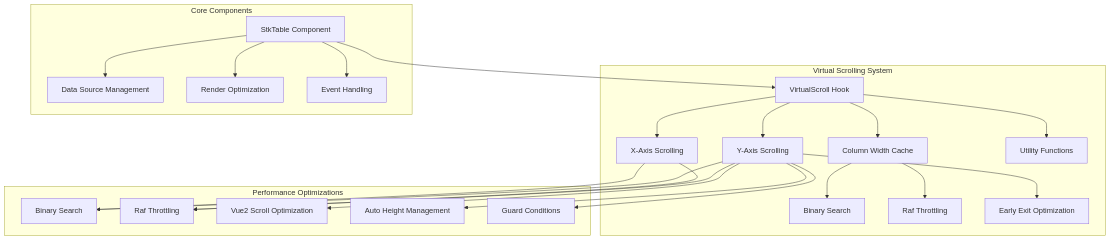
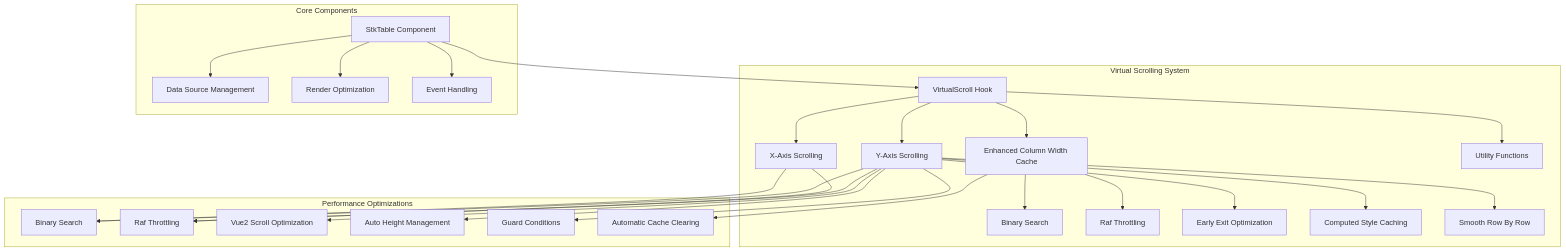
Before and after one commit to ja-plus/stk-table-vue: the first of 9 diagrams in .qoder/repowiki/en/content/Performance Optimization/Virtual Scrolling Performance Optimization.md, drawn with Mermaid. The commit also changed other lines of this file and 6 other files, not shown here.

````diff
--- a/.qoder/repowiki/en/content/Performance Optimization/Virtual Scrolling Performance Optimization.md
+++ b/.qoder/repowiki/en/content/Performance Optimization/Virtual Scrolling Performance Optimization.md
@@ -54,44 +52,50 @@
 ```mermaid
 graph TB
 subgraph "Virtual Scrolling System"
 VS[VirtualScroll Hook]
 YScroll[Y-Axis Scrolling]
 XScroll[X-Axis Scrolling]
-Cache[Column Width Cache]
+Cache[Enhanced Column Width Cache]
 Utils[Utility Functions]
 BinSearch[Binary Search]
 RafThrottle[Raf Throttling]
 EarlyExit[Early Exit Optimization]
+ComputedStyle[Computed Style Caching]
+SRBR[Smooth Row By Row]
 end
 subgraph "Core Components"
 Table[StkTable Component]
 DataSource[Data Source Management]
 Render[Render Optimization]
 Events[Event Handling]
 end
 subgraph "Performance Optimizations"
 Binary[Binary Search]
 Throttle[Raf Throttling]
 Vue2[Vue2 Scroll Optimization]
 AutoHeight[Auto Height Management]
 Guard[Guard Conditions]
+CacheClear[Automatic Cache Clearing]
 end
 VS --> YScroll
 VS --> XScroll
 VS --> Cache
 VS --> Utils
 Table --> VS
 Table --> DataSource
 Table --> Render
 Table --> Events
 YScroll --> Binary
 XScroll --> Binary
 YScroll --> Throttle
 XScroll --> Throttle
 YScroll --> Vue2
 YScroll --> AutoHeight
 YScroll --> EarlyExit
 YScroll --> Guard
+YScroll --> ComputedStyle
+YScroll --> SRBR
 Cache --> BinSearch
 Cache --> RafThrottle
+Cache --> CacheClear
 ```
````
